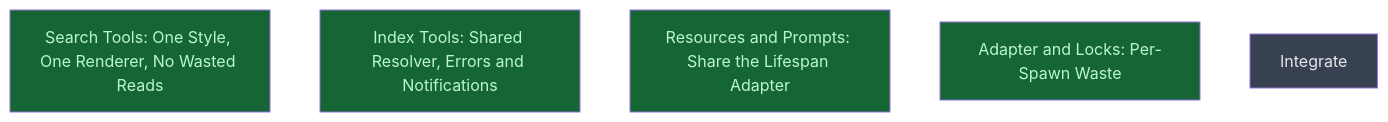
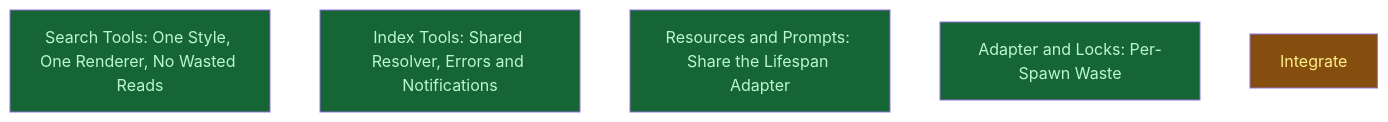
The diagram in __roadmap__/consistency/README.md (CrackingShells/colgrep-mcp), drawn with Mermaid before and after one commit. The commit also changed other lines of this file and 1 other file, not shown here.

Commit message:
docs(roadmap): open the integrate level

````diff
--- a/__roadmap__/consistency/README.md
+++ b/__roadmap__/consistency/README.md
@@ -35,13 +35,13 @@
 ```mermaid
 graph TD
     search_tools[Search Tools: One Style, One Renderer, No Wasted Reads]:::done
     index_tools[Index Tools: Shared Resolver, Errors and Notifications]:::done
     context_free_handlers[Resources and Prompts: Share the Lifespan Adapter]:::done
     adapter_hygiene[Adapter and Locks: Per-Spawn Waste]:::done
-    integrate[Integrate]:::planned
+    integrate[Integrate]:::inprogress
     classDef done       fill:#166534,color:#bbf7d0
     classDef inprogress fill:#854d0e,color:#fef08a
     classDef planned    fill:#374151,color:#e5e7eb
     classDef amendment  fill:#1e3a5f,color:#bfdbfe
     classDef blocked    fill:#7f1d1d,color:#fecaca
 ```
````
